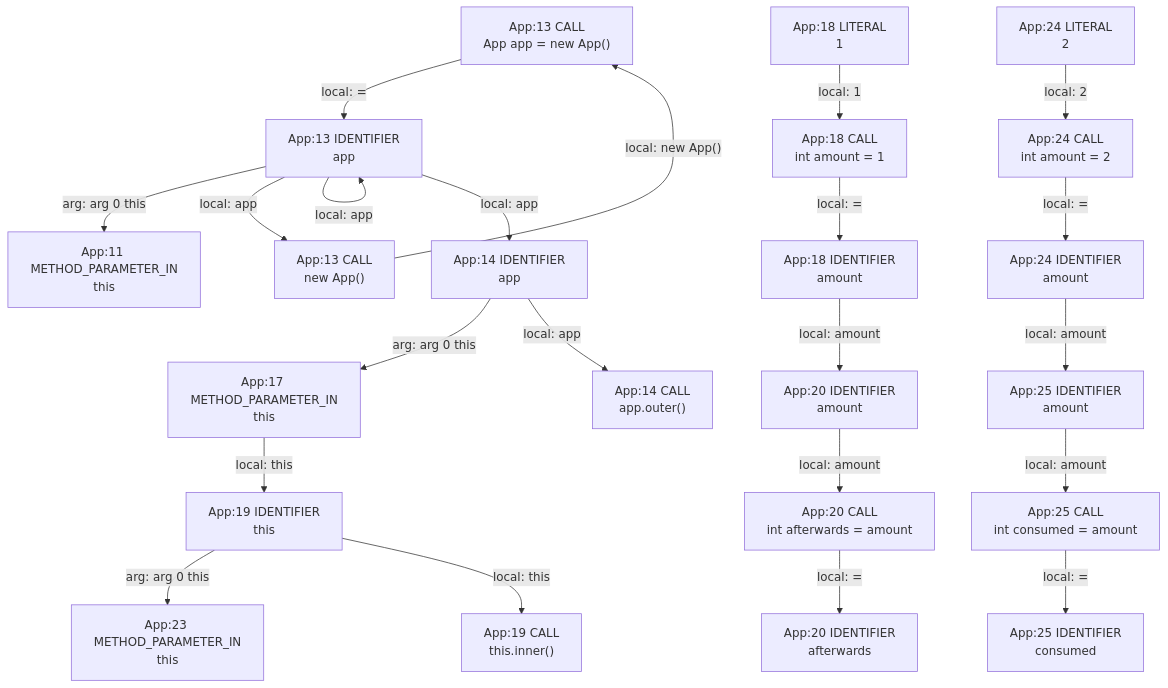
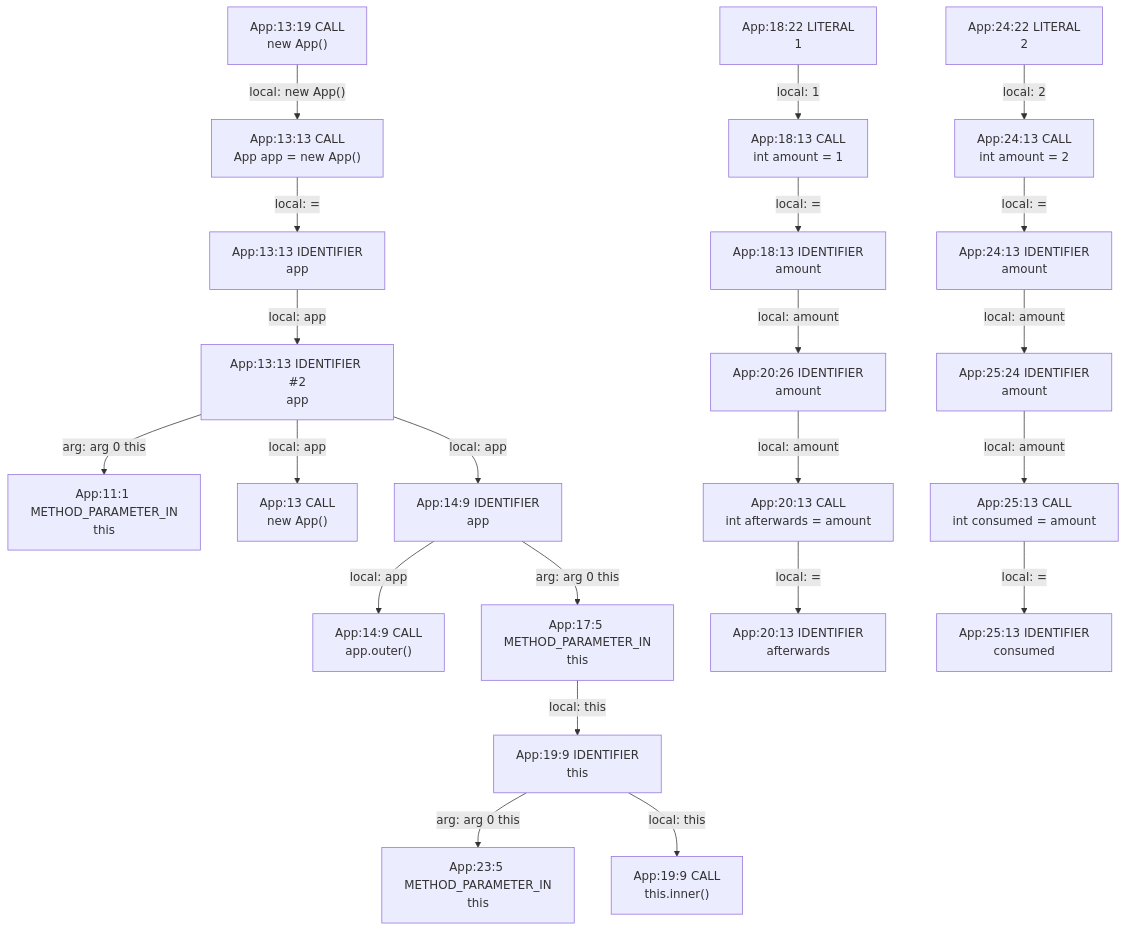
Before and after one commit to gstiebler/codeflow: the diagram in app/src/test/resources/collidingLocals/spike-truth.md, drawn with Mermaid. The commit also changed 154 other files, not shown here.

````diff
--- a/app/src/test/resources/collidingLocals/spike-truth.md
+++ b/app/src/test/resources/collidingLocals/spike-truth.md
@@ -3,46 +3,48 @@
 ```mermaid
 flowchart TD
-  n0["App:11 METHOD_PARAMETER_IN<br/>this"]
-  n1["App:13 CALL<br/>App app = new App()"]
-  n2["App:13 CALL<br/>new App()"]
-  n3["App:13 IDENTIFIER<br/>app"]
-  n4["App:14 CALL<br/>app.outer()"]
-  n5["App:14 IDENTIFIER<br/>app"]
-  n6["App:17 METHOD_PARAMETER_IN<br/>this"]
-  n7["App:18 CALL<br/>int amount = 1"]
-  n8["App:18 IDENTIFIER<br/>amount"]
-  n9["App:18 LITERAL<br/>1"]
-  n10["App:19 CALL<br/>this.inner()"]
-  n11["App:19 IDENTIFIER<br/>this"]
-  n12["App:20 CALL<br/>int afterwards = amount"]
-  n13["App:20 IDENTIFIER<br/>afterwards"]
-  n14["App:20 IDENTIFIER<br/>amount"]
-  n15["App:23 METHOD_PARAMETER_IN<br/>this"]
-  n16["App:24 CALL<br/>int amount = 2"]
-  n17["App:24 IDENTIFIER<br/>amount"]
-  n18["App:24 LITERAL<br/>2"]
-  n19["App:25 CALL<br/>int consumed = amount"]
-  n20["App:25 IDENTIFIER<br/>amount"]
-  n21["App:25 IDENTIFIER<br/>consumed"]
-  n1 -->|"local: ="| n3
-  n11 -->|"arg: arg 0 this"| n15
-  n11 -->|"local: this"| n10
-  n12 -->|"local: ="| n13
-  n14 -->|"local: amount"| n12
-  n16 -->|"local: ="| n17
-  n17 -->|"local: amount"| n20
-  n18 -->|"local: 2"| n16
-  n19 -->|"local: ="| n21
-  n2 -->|"local: new App()"| n1
-  n20 -->|"local: amount"| n19
+  n0["App:11:1 METHOD_PARAMETER_IN<br/>this"]
+  n1["App:13 CALL<br/>new App()"]
+  n2["App:13:13 CALL<br/>App app = new App()"]
+  n3["App:13:13 IDENTIFIER #2<br/>app"]
+  n4["App:13:13 IDENTIFIER<br/>app"]
+  n5["App:13:19 CALL<br/>new App()"]
+  n6["App:14:9 CALL<br/>app.outer()"]
+  n7["App:14:9 IDENTIFIER<br/>app"]
+  n8["App:17:5 METHOD_PARAMETER_IN<br/>this"]
+  n9["App:18:13 CALL<br/>int amount = 1"]
+  n10["App:18:13 IDENTIFIER<br/>amount"]
+  n11["App:18:22 LITERAL<br/>1"]
+  n12["App:19:9 CALL<br/>this.inner()"]
+  n13["App:19:9 IDENTIFIER<br/>this"]
+  n14["App:20:13 CALL<br/>int afterwards = amount"]
+  n15["App:20:13 IDENTIFIER<br/>afterwards"]
+  n16["App:20:26 IDENTIFIER<br/>amount"]
+  n17["App:23:5 METHOD_PARAMETER_IN<br/>this"]
+  n18["App:24:13 CALL<br/>int amount = 2"]
+  n19["App:24:13 IDENTIFIER<br/>amount"]
+  n20["App:24:22 LITERAL<br/>2"]
+  n21["App:25:13 CALL<br/>int consumed = amount"]
+  n22["App:25:13 IDENTIFIER<br/>consumed"]
+  n23["App:25:24 IDENTIFIER<br/>amount"]
+  n10 -->|"local: amount"| n16
+  n11 -->|"local: 1"| n9
+  n13 -->|"arg: arg 0 this"| n17
+  n13 -->|"local: this"| n12
+  n14 -->|"local: ="| n15
+  n16 -->|"local: amount"| n14
+  n18 -->|"local: ="| n19
+  n19 -->|"local: amount"| n23
+  n2 -->|"local: ="| n4
+  n20 -->|"local: 2"| n18
+  n21 -->|"local: ="| n22
+  n23 -->|"local: amount"| n21
   n3 -->|"arg: arg 0 this"| n0
-  n3 -->|"local: app"| n2
-  n3 -->|"local: app"| n3
-  n3 -->|"local: app"| n5
-  n5 -->|"arg: arg 0 this"| n6
-  n5 -->|"local: app"| n4
-  n6 -->|"local: this"| n11
-  n7 -->|"local: ="| n8
-  n8 -->|"local: amount"| n14
-  n9 -->|"local: 1"| n7
+  n3 -->|"local: app"| n1
+  n3 -->|"local: app"| n7
+  n4 -->|"local: app"| n3
+  n5 -->|"local: new App()"| n2
+  n7 -->|"arg: arg 0 this"| n8
+  n7 -->|"local: app"| n6
+  n8 -->|"local: this"| n13
+  n9 -->|"local: ="| n10
 ```
````
